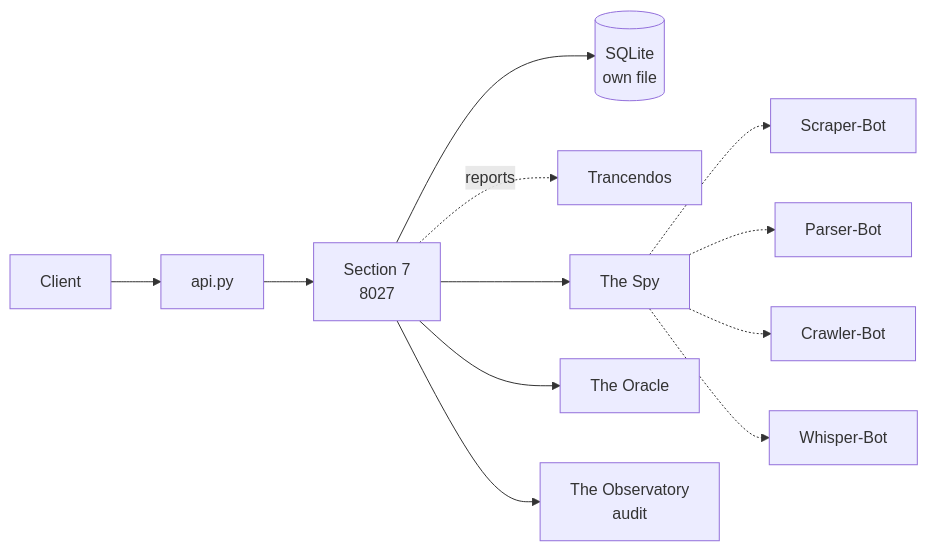
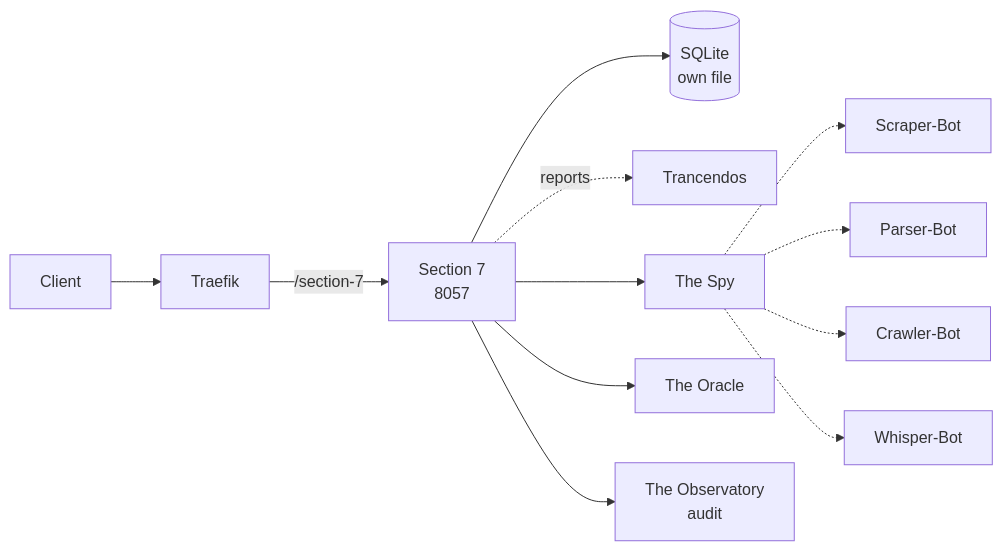
Before and after one commit to Trancendos/Tranc3: the diagram in docs/solution-packs/section-7.md, drawn with Mermaid. The commit also changed other lines of this file and 10 other files, not shown here.

````diff
--- a/docs/solution-packs/section-7.md
+++ b/docs/solution-packs/section-7.md
@@ -67,14 +71,14 @@
 ```mermaid
 flowchart LR
-    C[Client] --> A[api.py]
-    A --> S[Section 7<br/>8027]
+    C[Client] --> T[Traefik]
+    T -->|/section-7| S[Section 7<br/>8057]
     S --> DB[(SQLite<br/>own file)]
     S -.reports.-> P[Trancendos]
     S --> AA[The Spy]
     S --> AB[The Oracle]
     AA -.-> ScraperBot[Scraper-Bot]
     AA -.-> ParserBot[Parser-Bot]
     AA -.-> CrawlerBot[Crawler-Bot]
     AA -.-> WhisperBot[Whisper-Bot]
     S --> OBS[The Observatory<br/>audit]
 ```
````
